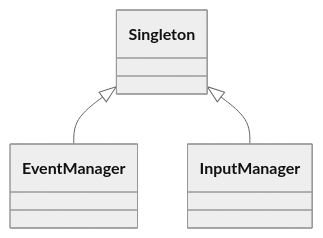
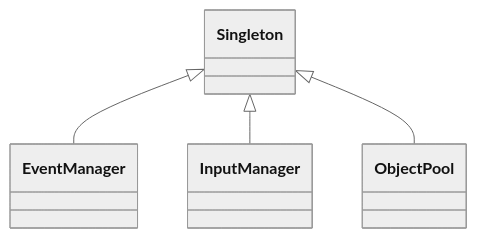
One commit to flicker-studio/RimeEditor changed the second of 3 diagrams in README.md. Above: the diagram before and after it, drawn with Mermaid (neutral theme). The commit also changed other lines of this file and 29 other files, not shown here.

````diff
--- a/README.md
+++ b/README.md
@@ -127,5 +128,6 @@
 ```mermaid
 classDiagram
 Singleton <|-- EventManager
 Singleton <|-- InputManager
+Singleton <|-- ObjectPool
 ```
````
